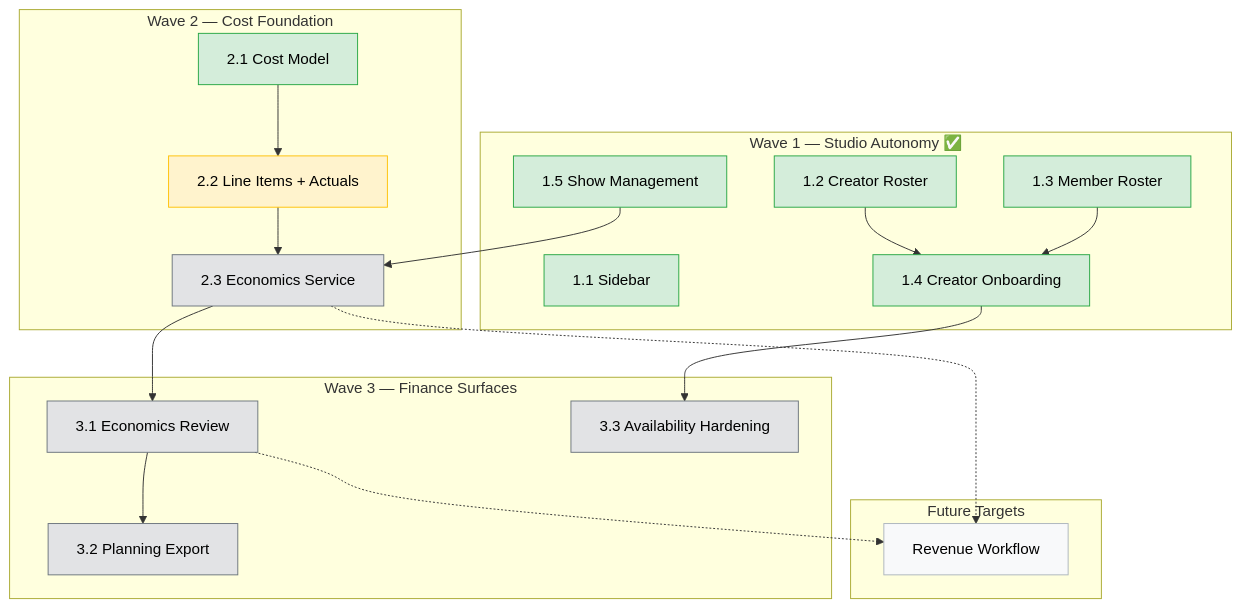
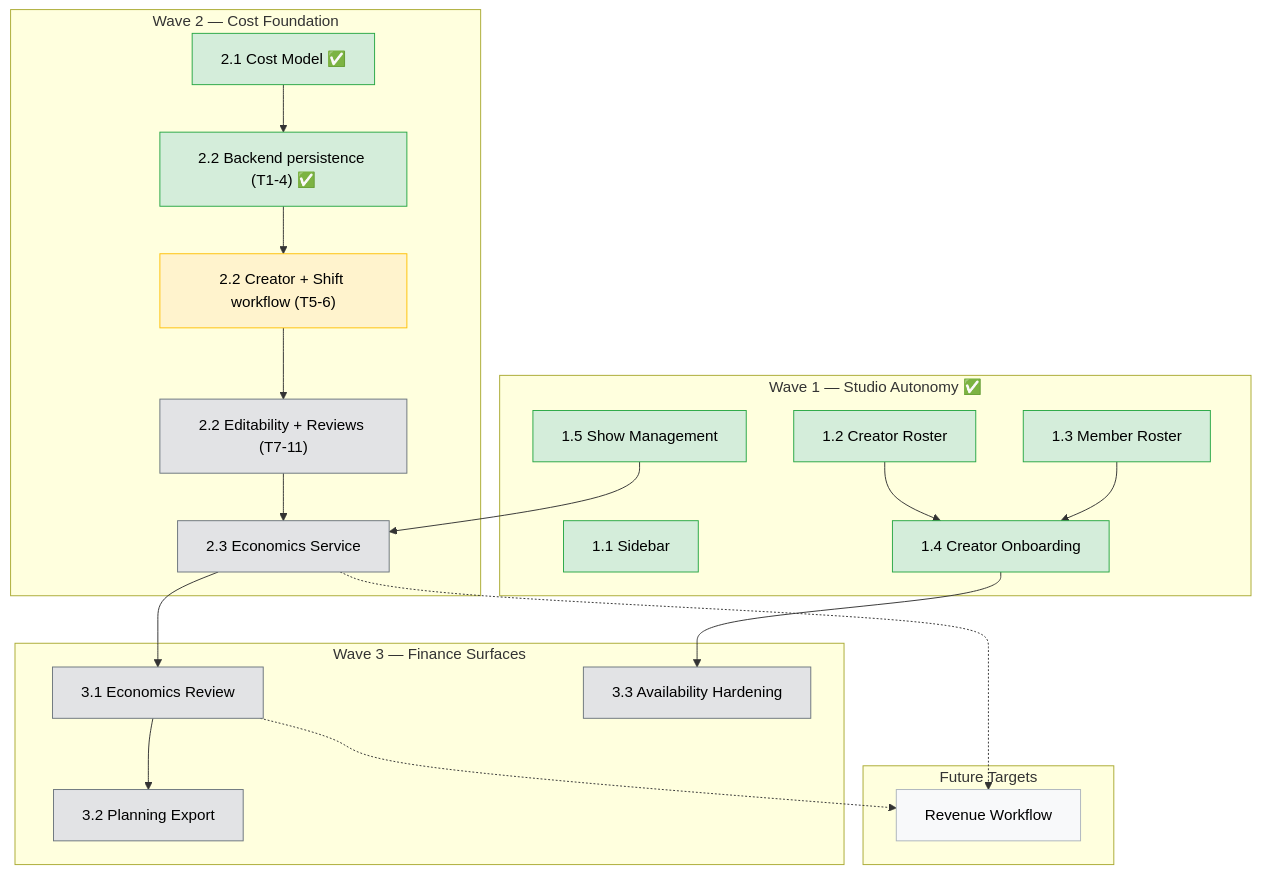
Before and after one commit to allenlin90/eridu-services: the diagram in docs/roadmap/PHASE_4.md, drawn with Mermaid. The commit also changed other lines of this file and 5 other files, not shown here.

````diff
--- a/docs/roadmap/PHASE_4.md
+++ b/docs/roadmap/PHASE_4.md
@@ -65,46 +65,48 @@
 ```mermaid
 flowchart TD
     subgraph wave1["Wave 1 — Studio Autonomy ✅"]
         W1_1["1.1 Sidebar"]
         W1_2["1.2 Creator Roster"]
         W1_3["1.3 Member Roster"]
         W1_4["1.4 Creator Onboarding"]
         W1_5["1.5 Show Management"]
     end
 
     subgraph wave2["Wave 2 — Cost Foundation"]
-        W2_1["2.1 Cost Model"]
-        W2_2["2.2 Line Items + Actuals"]
+        W2_1["2.1 Cost Model ✅"]
+        W2_2a["2.2 Backend persistence (T1-4) ✅"]
+        W2_2b["2.2 Creator + Shift workflow (T5-6)"]
+        W2_2c["2.2 Editability + Reviews (T7-11)"]
         W2_3["2.3 Economics Service"]
     end
 
     subgraph wave3["Wave 3 — Finance Surfaces"]
         W3_1["3.1 Economics Review"]
         W3_2["3.2 Planning Export"]
         W3_3["3.3 Availability Hardening"]
     end
 
     subgraph future["Future Targets"]
         W4_1["Revenue Workflow"]
     end
 
     W1_2 --> W1_4
     W1_3 --> W1_4
     W1_5 --> W2_3
-    W2_1 --> W2_2 --> W2_3
+    W2_1 --> W2_2a --> W2_2b --> W2_2c --> W2_3
     W2_3 --> W3_1
     W3_1 --> W3_2
     W1_4 --> W3_3
     W2_3 -.-> W4_1
     W3_1 -.-> W4_1
 
     classDef done fill:#d4edda,stroke:#28a745,color:#000
     classDef active fill:#fff3cd,stroke:#ffc107,color:#000
     classDef planned fill:#e2e3e5,stroke:#6c757d,color:#000
     classDef future fill:#f8f9fa,stroke:#adb5bd,color:#000
 
-    class W1_1,W1_2,W1_3,W1_4,W1_5,W2_1 done
-    class W2_2 active
-    class W2_3,W3_1,W3_2,W3_3 planned
+    class W1_1,W1_2,W1_3,W1_4,W1_5,W2_1,W2_2a done
+    class W2_2b active
+    class W2_2c,W2_3,W3_1,W3_2,W3_3 planned
     class W4_1 future
 ```
````
